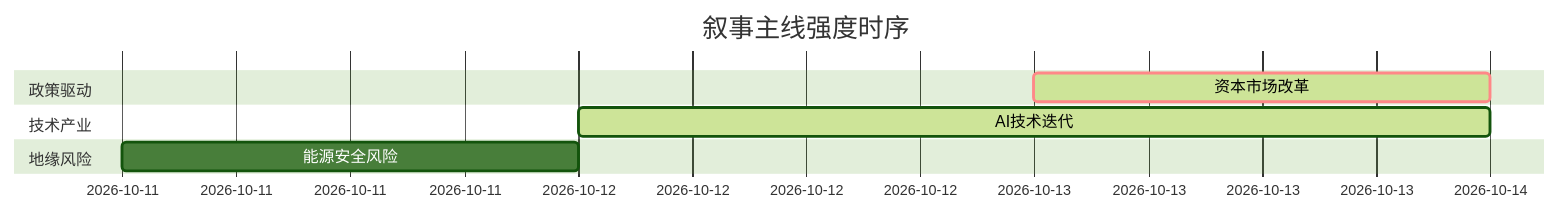
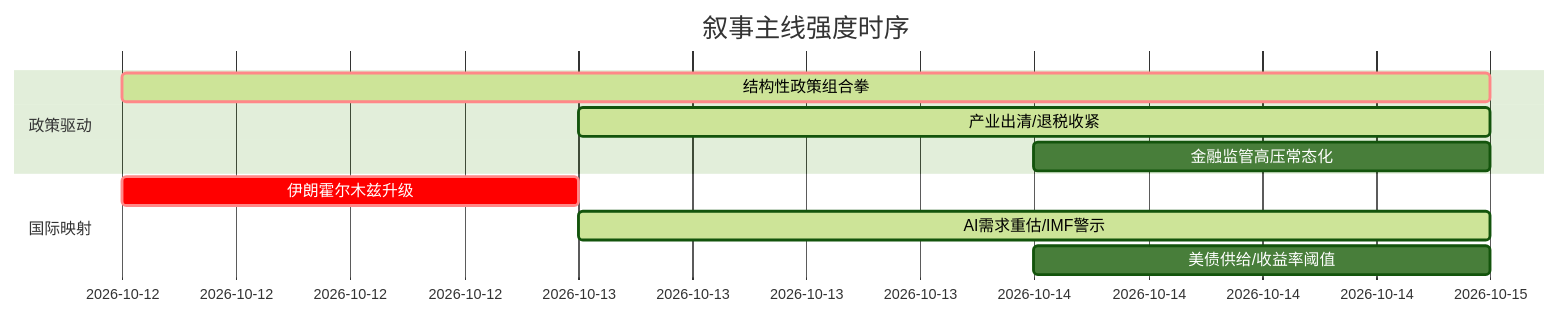
Before and after one commit to uu5zn/uu5zn.github.io: the diagram in 5day_report.md, drawn with Mermaid (forest theme). The commit also changed other lines of this file and 23 other files, not shown here.

````diff
--- a/5day_report.md
+++ b/5day_report.md
@@ -58,11 +56,14 @@
 ```mermaid
 gantt
     title 叙事主线强度时序
     dateFormat  YYYY-MM-DD
     section 政策驱动
-    资本市场改革   :crit, active, 2026-10-13, 1d
-    section 技术产业
-    AI技术迭代     :active, 2026-10-12, 2d
-    section 地缘风险
-    能源安全风险   :2026-10-11, 1d
+    结构性政策组合拳   :crit, active, 2026-10-12, 3d
+    产业出清/退税收紧   :active, 2026-10-13, 2d
+    金融监管高压常态化 :2026-10-14, 1d
+    
+    section 国际映射
+    伊朗霍尔木兹升级   :crit, 2026-10-12, 1d
+    AI需求重估/IMF警示 :active, 2026-10-13, 2d
+    美债供给/收益率阈值 :2026-10-14, 1d
 ```
````
